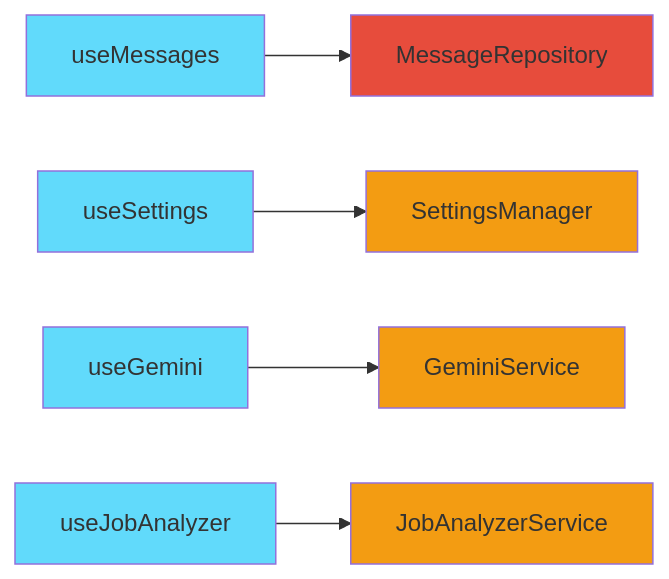
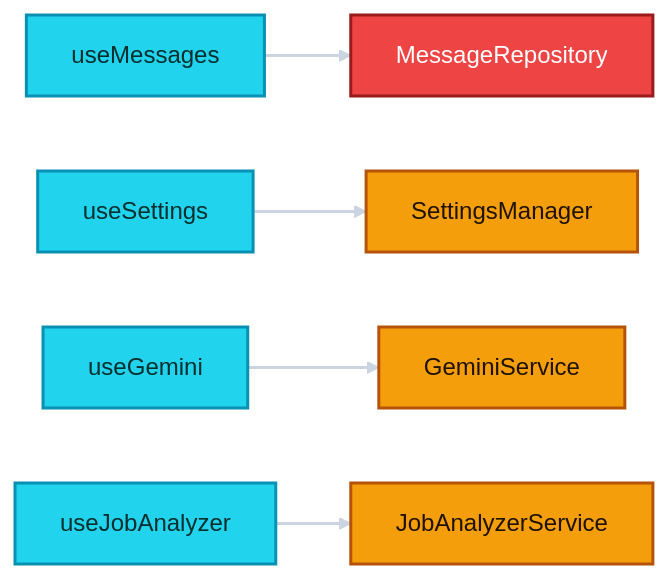
One commit to Xeze-org/Anie-Frontend changed the second of 7 diagrams in docs/ARCHITECTURE.md. Above: the diagram before and after it, drawn with Mermaid. The commit also changed other lines of this file and 5 other files, not shown here.

Commit message:
Update documentation styles across architecture, components, hooks, repositories, and services

````diff
--- a/docs/ARCHITECTURE.md
+++ b/docs/ARCHITECTURE.md
@@ -80,16 +81,17 @@
 ```mermaid
 graph LR
     A[useMessages] --> B[MessageRepository]
     C[useSettings] --> D[SettingsManager]
     E[useGemini] --> F[GeminiService]
     G[useJobAnalyzer] --> H[JobAnalyzerService]
     
-    style A fill:#61dafb
-    style C fill:#61dafb
-    style E fill:#61dafb
-    style G fill:#61dafb
-    style B fill:#e74c3c
-    style D fill:#f39c12
-    style F fill:#f39c12
-    style H fill:#f39c12
+    style A fill:#22d3ee,stroke:#0891b2,stroke-width:2px,color:#042f2e
+    style C fill:#22d3ee,stroke:#0891b2,stroke-width:2px,color:#042f2e
+    style E fill:#22d3ee,stroke:#0891b2,stroke-width:2px,color:#042f2e
+    style G fill:#22d3ee,stroke:#0891b2,stroke-width:2px,color:#042f2e
+    style B fill:#ef4444,stroke:#991b1b,stroke-width:2px,color:#ffffff
+    style D fill:#f59e0b,stroke:#b45309,stroke-width:2px,color:#1f1300
+    style F fill:#f59e0b,stroke:#b45309,stroke-width:2px,color:#1f1300
+    style H fill:#f59e0b,stroke:#b45309,stroke-width:2px,color:#1f1300
+    linkStyle default stroke:#cbd5e1,stroke-width:2px
 ```
````
